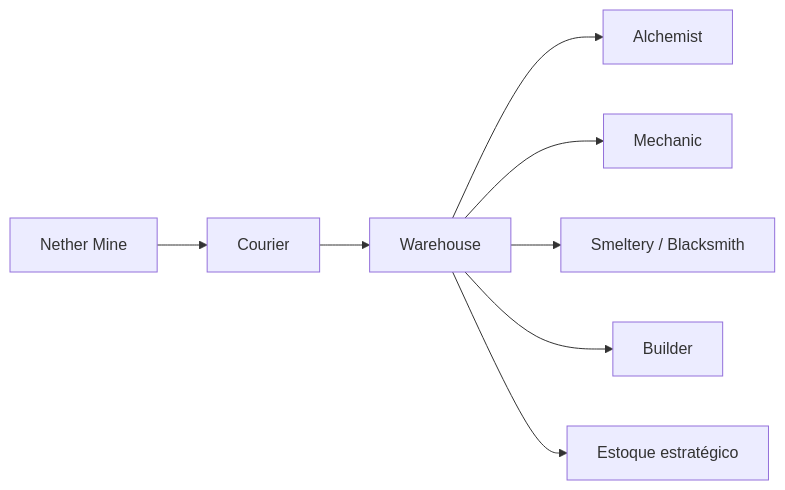
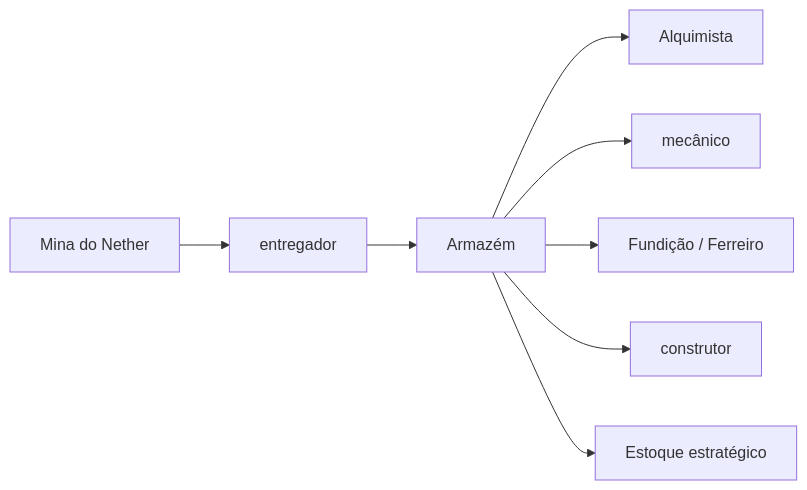
The diagram in content/06 - Recursos e Produção/Cadeia de recursos do Nether.md (addandias/minecolonies-vault), drawn with Mermaid before and after one commit. The commit also changed other lines of this file and 127 other files, not shown here.

````diff
--- a/content/06 - Recursos e Produção/Cadeia de recursos do Nether.md
+++ b/content/06 - Recursos e Produção/Cadeia de recursos do Nether.md
@@ -24,10 +24,10 @@
 ```mermaid
 flowchart LR
-    A["Nether Mine"] --> B["Courier"]
-    B --> C["Warehouse"]
-    C --> D["Alchemist"]
-    C --> E["Mechanic"]
-    C --> F["Smeltery / Blacksmith"]
-    C --> G["Builder"]
+    A["Mina do Nether"] --> B["entregador"]
+    B --> C["Armazém"]
+    C --> D["Alquimista"]
+    C --> E["mecânico"]
+    C --> F["Fundição / Ferreiro"]
+    C --> G["construtor"]
     C --> H["Estoque estratégico"]
 ```
````
